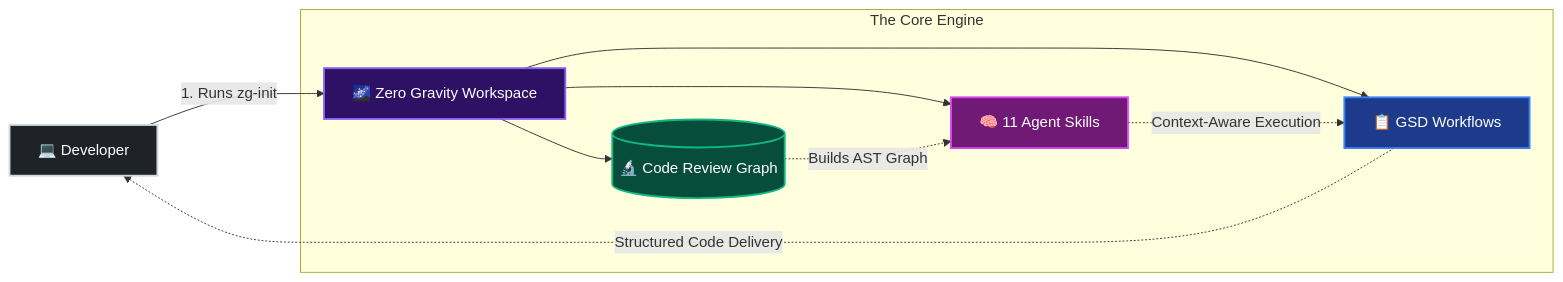
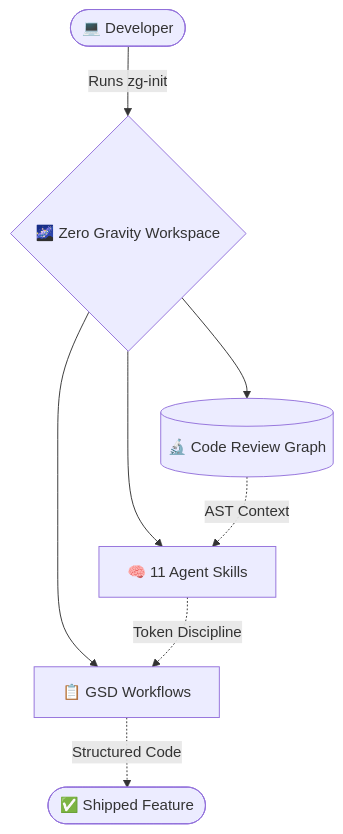
One commit to Siddiqahmed26/zero-gravity-dev changed the first of 2 diagrams in README.md. Above: the diagram before and after it, drawn with Mermaid.

Commit message:
docs: clean up mermaid architecture diagram layout and styling

````diff
--- a/README.md
+++ b/README.md
@@ -27,20 +27,12 @@
 ```mermaid
-graph LR
-    User[💻 Developer] -->|1. Runs zg-init| ZG[🌌 Zero Gravity Workspace]
+flowchart TD
+    User([💻 Developer]) -->|Runs zg-init| ZG{🌌 Zero Gravity Workspace}
     
-    subgraph The Core Engine
-        ZG --> CRG[(🔬 Code Review Graph)]
-        ZG --> Skills[🧠 11 Agent Skills]
-        ZG --> GSD[📋 GSD Workflows]
-    end
+    ZG --> CRG[(🔬 Code Review Graph)]
+    ZG --> Skills[🧠 11 Agent Skills]
+    ZG --> GSD[📋 GSD Workflows]
     
-    CRG -.->|Builds AST Graph| Skills
-    Skills -.->|Context-Aware Execution| GSD
-    GSD -.->|Structured Code Delivery| User
-    
-    style User fill:#1f2328,stroke:#d0d7de,stroke-width:2px,color:#fff
-    style ZG fill:#2e1065,stroke:#8b5cf6,stroke-width:2px,color:#fff
-    style CRG fill:#064e3b,stroke:#10b981,stroke-width:2px,color:#fff
-    style Skills fill:#701a75,stroke:#d946ef,stroke-width:2px,color:#fff
-    style GSD fill:#1e3a8a,stroke:#3b82f6,stroke-width:2px,color:#fff
+    CRG -.->|AST Context| Skills
+    Skills -.->|Token Discipline| GSD
+    GSD -.->|Structured Code| Shipped([✅ Shipped Feature])
 ```
````
